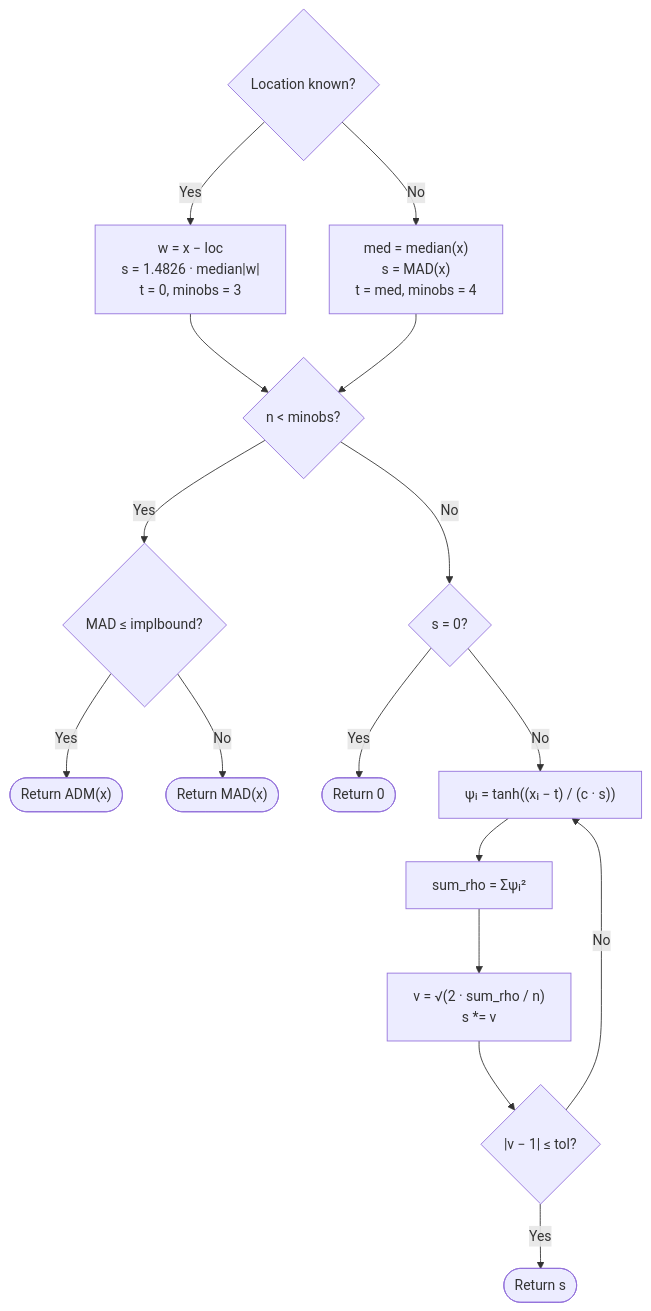
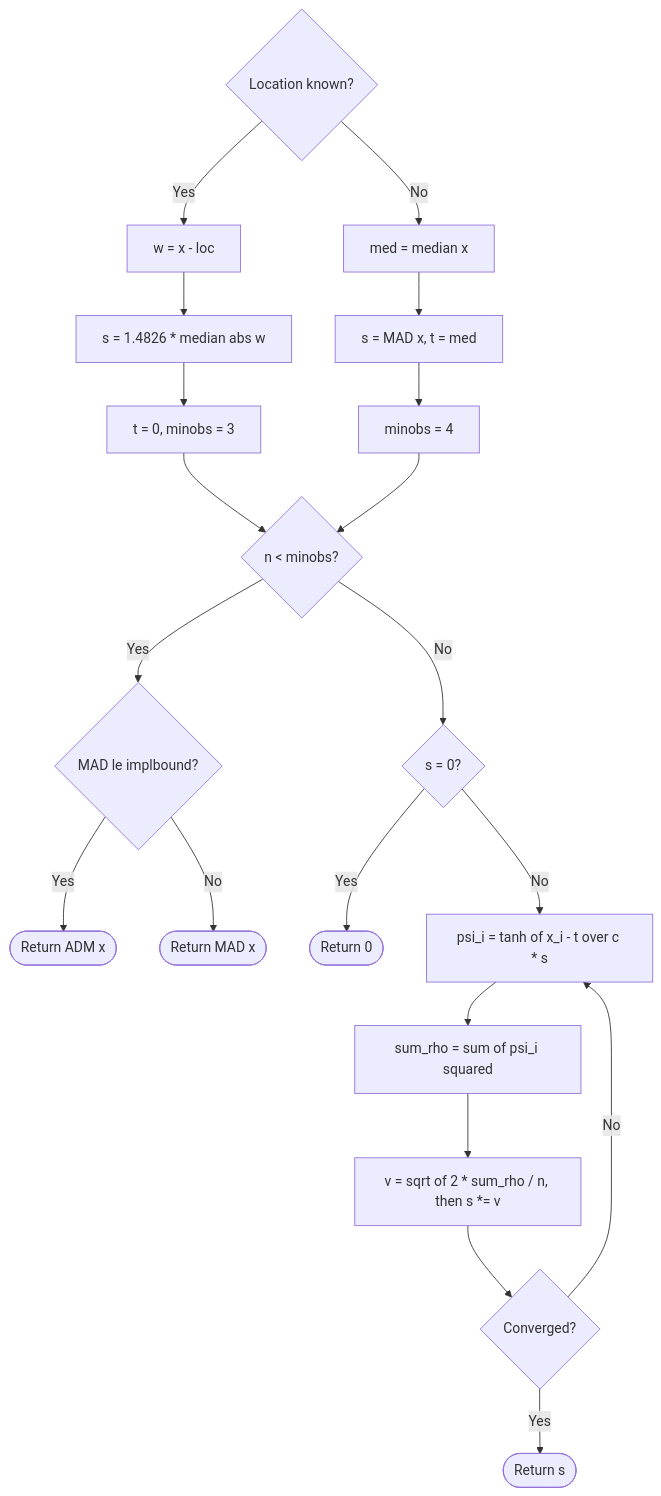
One commit to davdittrich/robscale changed the second of 2 diagrams in README.md. Above: the diagram before and after it, drawn with Mermaid. The commit also changed other lines of this file, not shown here.

Commit message:
Fix Mermaid diagrams: use ASCII-safe labels for GitHub rendering

````diff
--- a/README.md
+++ b/README.md
@@ -161,19 +161,23 @@
 ```mermaid
 flowchart TD
     A{Location known?}
-    A -->|Yes| B["w = x − loc<br>s = 1.4826 · median|w|<br>t = 0, minobs = 3"]
-    A -->|No| C["med = median(x)<br>s = MAD(x)<br>t = med, minobs = 4"]
-    B --> D{n < minobs?}
-    C --> D
-    D -->|Yes| E{"MAD ≤ implbound?"}
-    E -->|Yes| F(["Return ADM(x)"])
-    E -->|No| G(["Return MAD(x)"])
-    D -->|No| H{s = 0?}
-    H -->|Yes| I([Return 0])
-    H -->|No| J["ψᵢ = tanh((xᵢ − t) / (c · s))"]
-    J --> K["sum_rho = Σψᵢ²"]
-    K --> L["v = √(2 · sum_rho / n)<br>s *= v"]
-    L --> M{"|v − 1| ≤ tol?"}
-    M -->|No| J
-    M -->|Yes| N([Return s])
+    A -- Yes --> B1[w = x - loc]
+    B1 --> B2[s = 1.4826 * median abs w]
+    B2 --> B3[t = 0, minobs = 3]
+    A -- No --> C1[med = median x]
+    C1 --> C2[s = MAD x, t = med]
+    C2 --> C3[minobs = 4]
+    B3 --> D{n < minobs?}
+    C3 --> D
+    D -- Yes --> E{MAD le implbound?}
+    E -- Yes --> F([Return ADM x])
+    E -- No --> G([Return MAD x])
+    D -- No --> H{s = 0?}
+    H -- Yes --> I([Return 0])
+    H -- No --> J[psi_i = tanh of x_i - t over c * s]
+    J --> K[sum_rho = sum of psi_i squared]
+    K --> L[v = sqrt of 2 * sum_rho / n, then s *= v]
+    L --> M{Converged?}
+    M -- No --> J
+    M -- Yes --> N([Return s])
 ```
````
